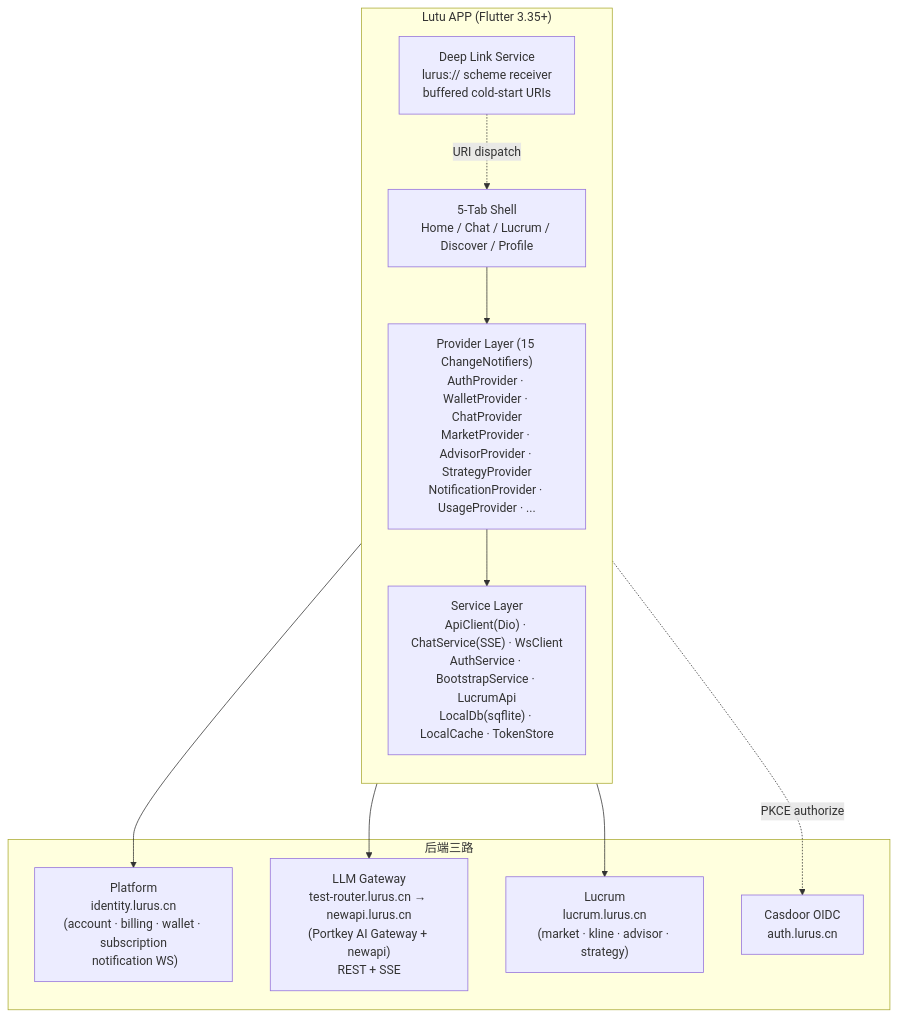
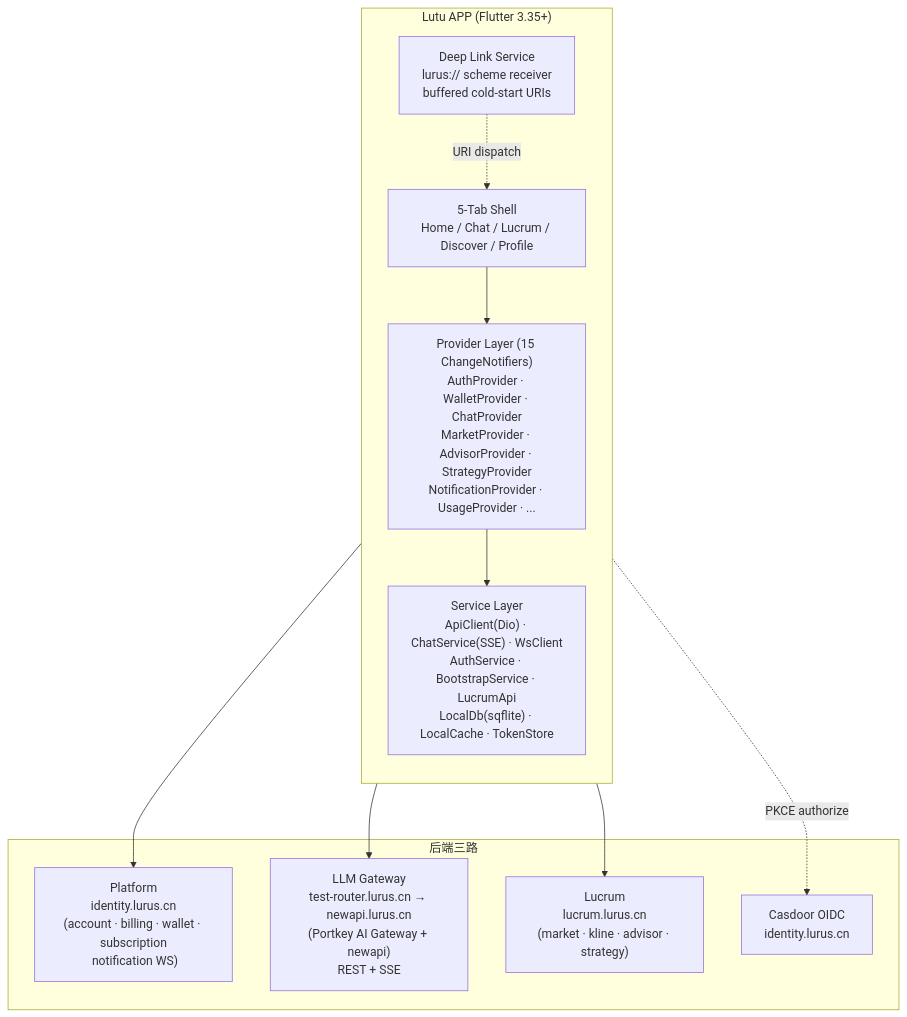
The first of 7 diagrams in internal/products/lutu.md (hanmahong5-arch/lurus-docs), drawn with Mermaid before and after one commit. The commit also changed other lines of this file and 76 other files, not shown here.

````diff
--- a/internal/products/lutu.md
+++ b/internal/products/lutu.md
@@ -68,25 +68,25 @@
 ```mermaid
 graph TB
     subgraph Lutu["Lutu APP (Flutter 3.35+)"]
         direction TB
         UI["5-Tab Shell\nHome / Chat / Lucrum / Discover / Profile"]
         PM["Provider Layer (15 ChangeNotifiers)\nAuthProvider · WalletProvider · ChatProvider\nMarketProvider · AdvisorProvider · StrategyProvider\nNotificationProvider · UsageProvider · ..."]
         SVC["Service Layer\nApiClient(Dio) · ChatService(SSE) · WsClient\nAuthService · BootstrapService · LucrumApi\nLocalDb(sqflite) · LocalCache · TokenStore"]
         DL["Deep Link Service\nlurus:// scheme receiver\nbuffered cold-start URIs"]
     end
 
     subgraph Backends["后端三路"]
         P["Platform\nidentity.lurus.cn\n(account · billing · wallet · subscription\n notification WS)"]
         G["LLM Gateway\ntest-router.lurus.cn → newapi.lurus.cn\n(Portkey AI Gateway + newapi)\nREST + SSE"]
         L["Lucrum\nlucrum.lurus.cn\n(market · kline · advisor · strategy)"]
-        A["Casdoor OIDC\nauth.lurus.cn"]
+        A["Casdoor OIDC\nidentity.lurus.cn"]
     end
 
     UI --> PM
     PM --> SVC
     SVC --> P
     SVC --> G
     SVC --> L
     SVC -.->|PKCE authorize| A
     DL -.->|URI dispatch| UI
 ```
````
